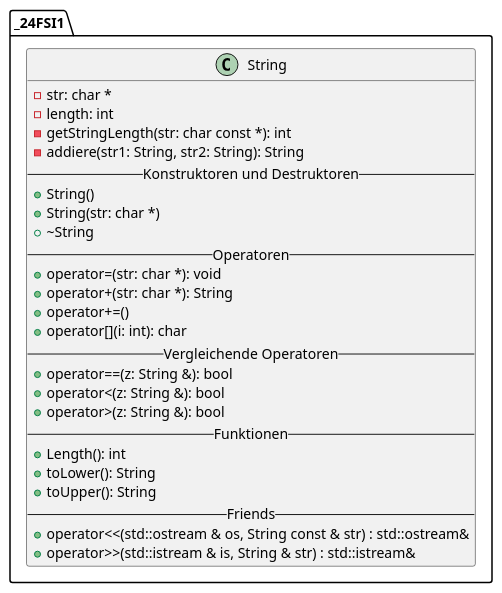
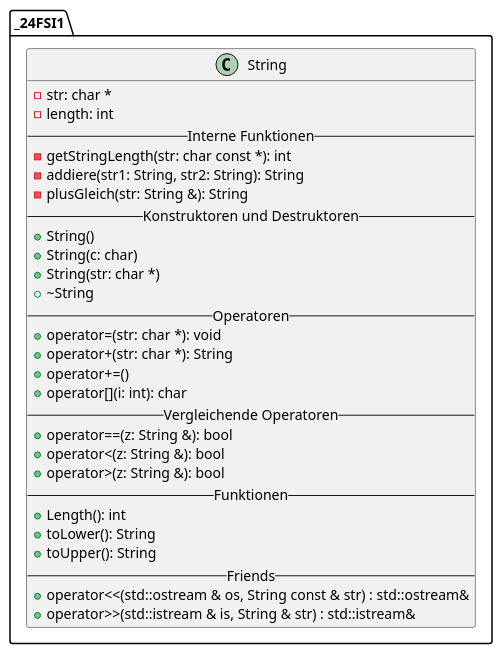
One commit to CarosCave/EigeneStrings changed the diagram in String.puml. Above: the diagram before and after it, drawn with PlantUML. The commit also changed 4 other files, not shown here.

```diff
--- a/String.puml
+++ b/String.puml
@@ -1,32 +1,35 @@
 @startuml
 'https://plantuml.com/class-diagram
 set namespaceSeparator ::
 class _24FSI1::String {
 -str: char *
 -length: int
+-- Interne Funktionen --
 -getStringLength(str: char const *): int
 -addiere(str1: String, str2: String): String
+-plusGleich(str: String &): String
 -- Konstruktoren und Destruktoren --
 +String()
++String(c: char)
 +String(str: char *)
 +~String
 -- Operatoren --
 +operator=(str: char *): void
 +operator+(str: char *): String
 +operator+=()
 +operator[](i: int): char
 -- Vergleichende Operatoren --
 +operator==(z: String &): bool
 +operator<(z: String &): bool
 +operator>(z: String &): bool
 -- Funktionen --
 +Length(): int
 +toLower(): String
 +toUpper(): String
 -- Friends --
 +operator<<(std::ostream & os, String const & str) : std::ostream&
 +operator>>(std::istream & is, String & str) : std::istream&
 }
 
 }
 @enduml
```
